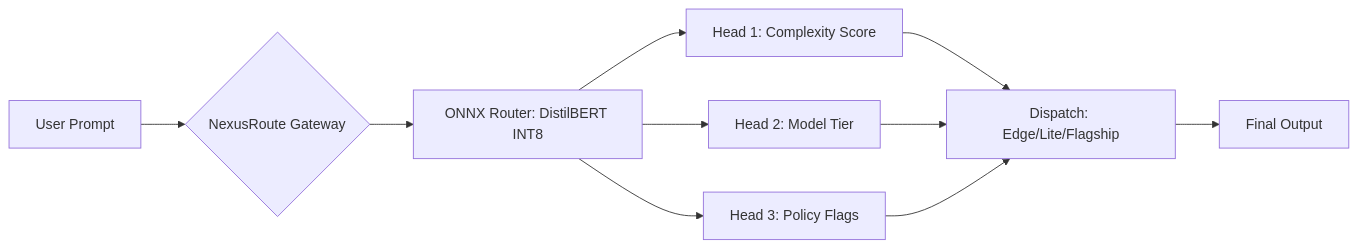
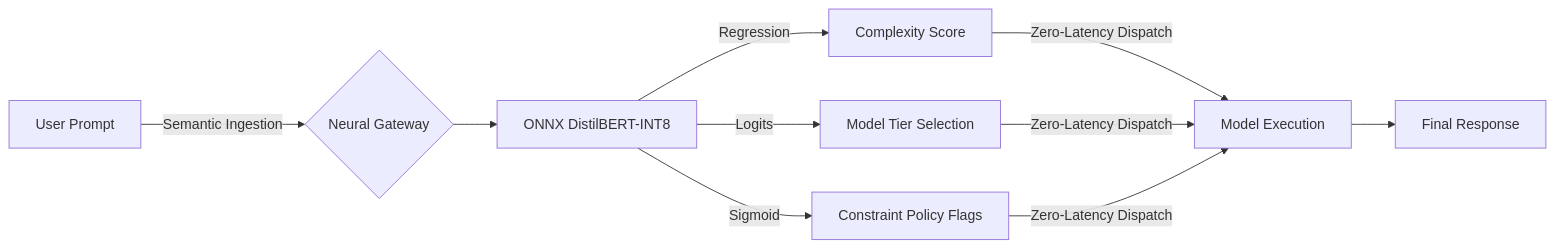
One commit to cksakthiram2428/NexusRoute changed the diagram in README.md. Above: the diagram before and after it, drawn with Mermaid. The commit also changed other lines of this file, not shown here.

Commit message:
Enhance README with UI-styled visual layout and architectural placeholders Co-Authored-By: Claude Haiku 4.5 <noreply@anthropic.com>

````diff
--- a/README.md
+++ b/README.md
@@ -17,10 +17,10 @@
 ```mermaid
 graph LR
-    A[User Prompt] --> B{NexusRoute Gateway}
-    B --> C[ONNX Router: DistilBERT INT8]
-    C --> D[Head 1: Complexity Score]
-    C --> E[Head 2: Model Tier]
-    C --> F[Head 3: Policy Flags]
-    D & E & F --> G[Dispatch: Edge/Lite/Flagship]
-    G --> H[Final Output]
+    A[User Prompt] -->|Semantic Ingestion| B{Neural Gateway}
+    B --> C[ONNX DistilBERT-INT8]
+    C -->|Regression| D[Complexity Score]
+    C -->|Logits| E[Model Tier Selection]
+    C -->|Sigmoid| F[Constraint Policy Flags]
+    D & E & F -->|Zero-Latency Dispatch| G[Model Execution]
+    G --> H[Final Response]
 ```
````
